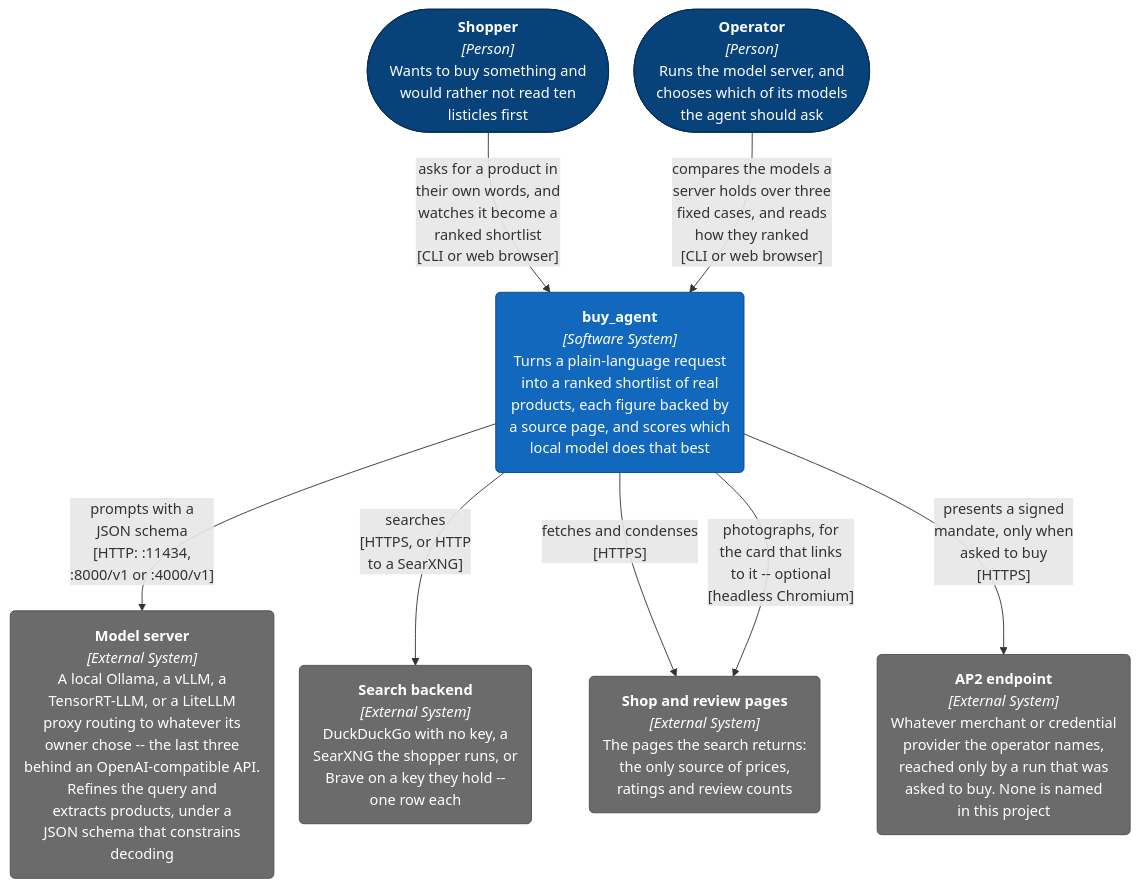
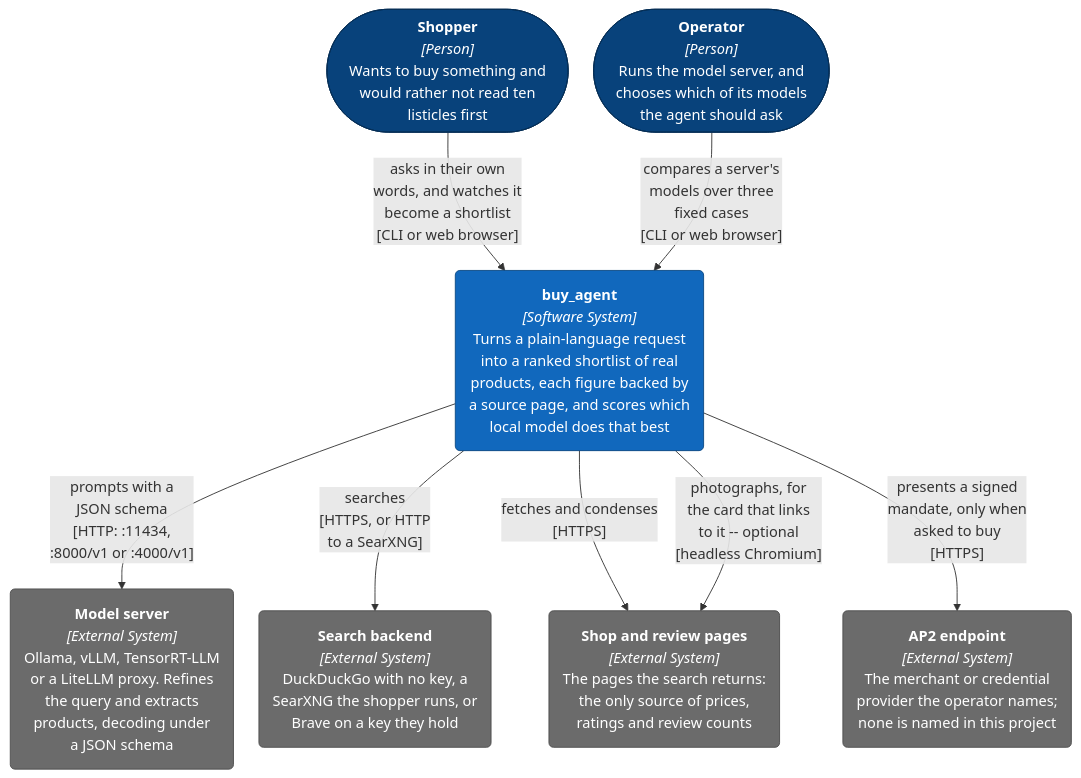
One commit to adamw7/buy_agent changed the second of 11 diagrams in docs/architecture.md. Above: the diagram before and after it, drawn with Mermaid. The commit also changed other lines of this file and 6 other files, not shown here.

````diff
--- a/docs/architecture.md
+++ b/docs/architecture.md
@@ -39,34 +40,34 @@
 ```mermaid
 ---
 config:
   flowchart:
     wrappingWidth: 400
     nodeSpacing: 28
     rankSpacing: 56
 ---
 graph TB
     shopper(["<b>Shopper</b><br/><i>[Person]</i><br/>Wants to buy something and<br/>would rather not read ten<br/>listicles first"])
     operator(["<b>Operator</b><br/><i>[Person]</i><br/>Runs the model server, and<br/>chooses which of its models<br/>the agent should ask"])
 
     system("<b>buy_agent</b><br/><i>[Software System]</i><br/>Turns a plain-language request<br/>into a ranked shortlist of real<br/>products, each figure backed by<br/>a source page, and scores which<br/>local model does that best")
 
-    ollama("<b>Model server</b><br/><i>[External System]</i><br/>A local Ollama, a vLLM, a<br/>TensorRT-LLM, or a LiteLLM<br/>proxy routing to whatever its<br/>owner chose -- the last three<br/>behind an OpenAI-compatible API.<br/>Refines the query and<br/>extracts products, under a<br/>JSON schema that constrains<br/>decoding")
-    ddg("<b>Search backend</b><br/><i>[External System]</i><br/>DuckDuckGo with no key, a<br/>SearXNG the shopper runs, or<br/>Brave on a key they hold --<br/>one row each")
+    ollama("<b>Model server</b><br/><i>[External System]</i><br/>Ollama, vLLM, TensorRT-LLM<br/>or a LiteLLM proxy. Refines<br/>the query and extracts<br/>products, decoding under<br/>a JSON schema")
+    ddg("<b>Search backend</b><br/><i>[External System]</i><br/>DuckDuckGo with no key, a<br/>SearXNG the shopper runs, or<br/>Brave on a key they hold")
     shops("<b>Shop and review pages</b><br/><i>[External System]</i><br/>The pages the search returns:<br/>the only source of prices,<br/>ratings and review counts")
-    counterparty("<b>AP2 endpoint</b><br/><i>[External System]</i><br/>Whatever merchant or credential<br/>provider the operator names,<br/>reached only by a run that was<br/>asked to buy. None is named<br/>in this project")
+    counterparty("<b>AP2 endpoint</b><br/><i>[External System]</i><br/>The merchant or credential<br/>provider the operator names;<br/>none is named in this project")
 
-    shopper -->|"asks for a product in<br/>their own words, and<br/>watches it become a<br/>ranked shortlist<br/>[CLI or web browser]"| system
-    operator -->|"compares the models a<br/>server holds over three<br/>fixed cases, and reads<br/>how they ranked<br/>[CLI or web browser]"| system
+    shopper -->|"asks in their own<br/>words, and watches it<br/>become a shortlist<br/>[CLI or web browser]"| system
+    operator -->|"compares a server's<br/>models over three<br/>fixed cases<br/>[CLI or web browser]"| system
     system -->|"prompts with a<br/>JSON schema<br/>[HTTP: :11434,<br/>:8000/v1 or :4000/v1]"| ollama
     system -->|"searches<br/>[HTTPS, or HTTP<br/>to a SearXNG]"| ddg
     system -->|"fetches and condenses<br/>[HTTPS]"| shops
     system -->|"photographs, for<br/>the card that links<br/>to it -- optional<br/>[headless Chromium]"| shops
     system -->|"presents a signed<br/>mandate, only when<br/>asked to buy<br/>[HTTPS]"| counterparty
 
     classDef person fill:#08427b,stroke:#052e56,color:#fff
     classDef internal fill:#1168bd,stroke:#0b4884,color:#fff
     classDef external fill:#6b6b6b,stroke:#4d4d4d,color:#fff
     class shopper,operator person
     class system internal
     class ollama,ddg,shops,counterparty external
 ```
````
